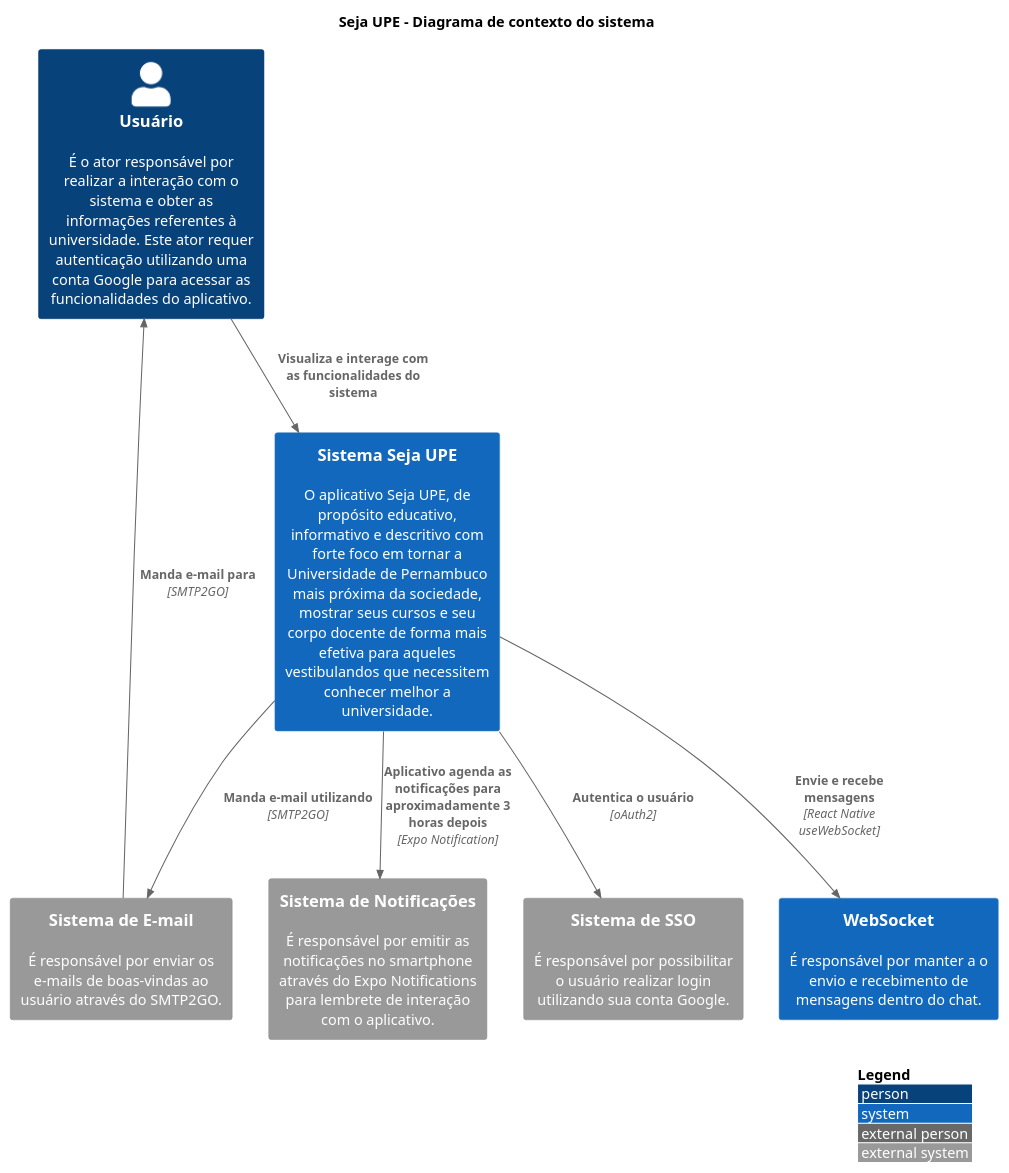
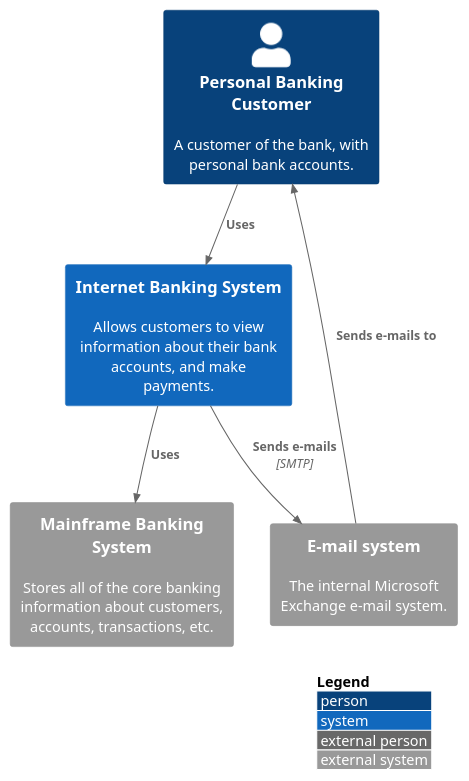
The diagram in src/context.puml (MurylloEx/Seja-UPE-Docs), drawn with PlantUML before and after one commit.

Commit message:
Revert "Feature/improve system context diagram c1"

```diff
--- a/src/context.puml
+++ b/src/context.puml
@@ -1,22 +1,16 @@
 @startuml Contexto
 !include https://raw.githubusercontent.com/adrianvlupu/C4-PlantUML/latest/C4_Context.puml
 
 LAYOUT_WITH_LEGEND()
 
-title "Seja UPE - Diagrama de contexto do sistema"
+Person(pbc, "Personal Banking Customer", "A customer of the bank, with personal bank accounts.")
+System(ibs, "Internet Banking System", "Allows customers to view information about their bank accounts, and make payments.")
+System_Ext(es, "E-mail system", "The internal Microsoft Exchange e-mail system.")
+System_Ext(mbs, "Mainframe Banking System", "Stores all of the core banking information about customers, accounts, transactions, etc.")
 
-Person(personUser, "Usuário", "É o ator responsável por realizar a interação com o sistema e obter as informações referentes à universidade. Este ator requer autenticação utilizando uma conta Google para acessar as funcionalidades do aplicativo.")
-System(systemSejaUPE, "Sistema Seja UPE", "O aplicativo Seja UPE, de propósito educativo, informativo e descritivo com forte foco em tornar a Universidade de Pernambuco mais próxima da sociedade, mostrar seus cursos e seu corpo docente de forma mais efetiva para aqueles vestibulandos que necessitem conhecer melhor a universidade.")
-System(systemWebSocket, "WebSocket", "É responsável por manter a o envio e recebimento de mensagens dentro do chat.")
-System_Ext(systemEmail, "Sistema de E-mail", "É responsável por enviar os e-mails de boas-vindas ao usuário através do SMTP2GO.")
-System_Ext(systemNotification, "Sistema de Notificações", "É responsável por emitir as notificações no smartphone através do Expo Notifications para lembrete de interação com o aplicativo.")
-System_Ext(systemOAuth2, "Sistema de SSO", "É responsável por possibilitar o usuário realizar login utilizando sua conta Google.")
-
-Rel(personUser, systemSejaUPE, "Visualiza e interage com as funcionalidades do sistema")
-Rel(systemEmail, personUser, "Manda e-mail para", "SMTP2GO")
-Rel(systemSejaUPE, systemEmail, "Manda e-mail utilizando", "SMTP2GO")
-Rel(systemSejaUPE, systemNotification, "Aplicativo agenda as notificações para aproximadamente 3 horas depois", "Expo Notification")
-Rel(systemSejaUPE, systemWebSocket, "Envie e recebe mensagens", "React Native useWebSocket")
-Rel(systemSejaUPE, systemOAuth2, "Autentica o usuário", "oAuth2")
+Rel(pbc, ibs, "Uses")
+Rel(es, pbc, "Sends e-mails to")
+Rel(ibs, es, "Sends e-mails", "SMTP")
+Rel(ibs, mbs, "Uses")
 
 @enduml
```
